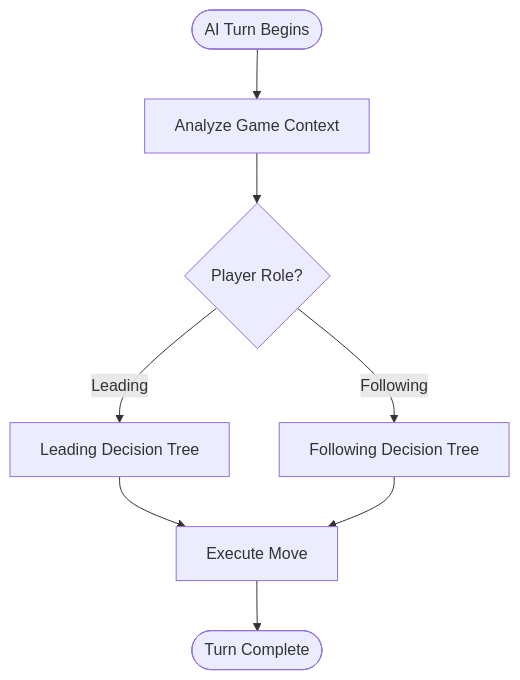
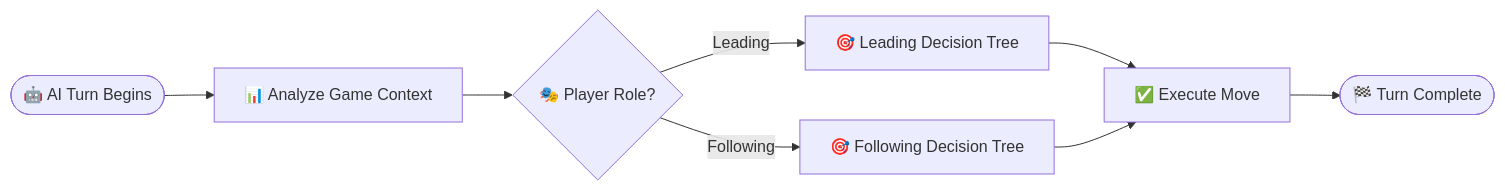
One commit to ejfn/Tractor changed the first of 5 diagrams in docs/AI_DECISION_TREE.md. Above: the diagram before and after it, drawn with Mermaid. The commit also changed other lines of this file and 11 other files, not shown here.

````diff
--- a/docs/AI_DECISION_TREE.md
+++ b/docs/AI_DECISION_TREE.md
@@ -11,13 +11,9 @@
 ```mermaid
-graph TD
-    Start([AI Turn Begins]) --> Context[Analyze Game Context]
-    Context --> Role{Player Role?}
-    
-    Role -->|Leading| LeadTree[Leading Decision Tree]
-    Role -->|Following| FollowTree[Following Decision Tree]
-    
-    LeadTree --> Execute[Execute Move]
+flowchart LR
+    Start([🤖 AI Turn Begins]) --> Context[📊 Analyze Game Context] --> Role{🎭 Player Role?}
+    Role -->|Leading| LeadTree[🎯 Leading Decision Tree]
+    Role -->|Following| FollowTree[🎯 Following Decision Tree]
+    LeadTree --> Execute[✅ Execute Move]
     FollowTree --> Execute
-    
-    Execute --> End([Turn Complete])
+    Execute --> End([🏁 Turn Complete])
 ```
````
